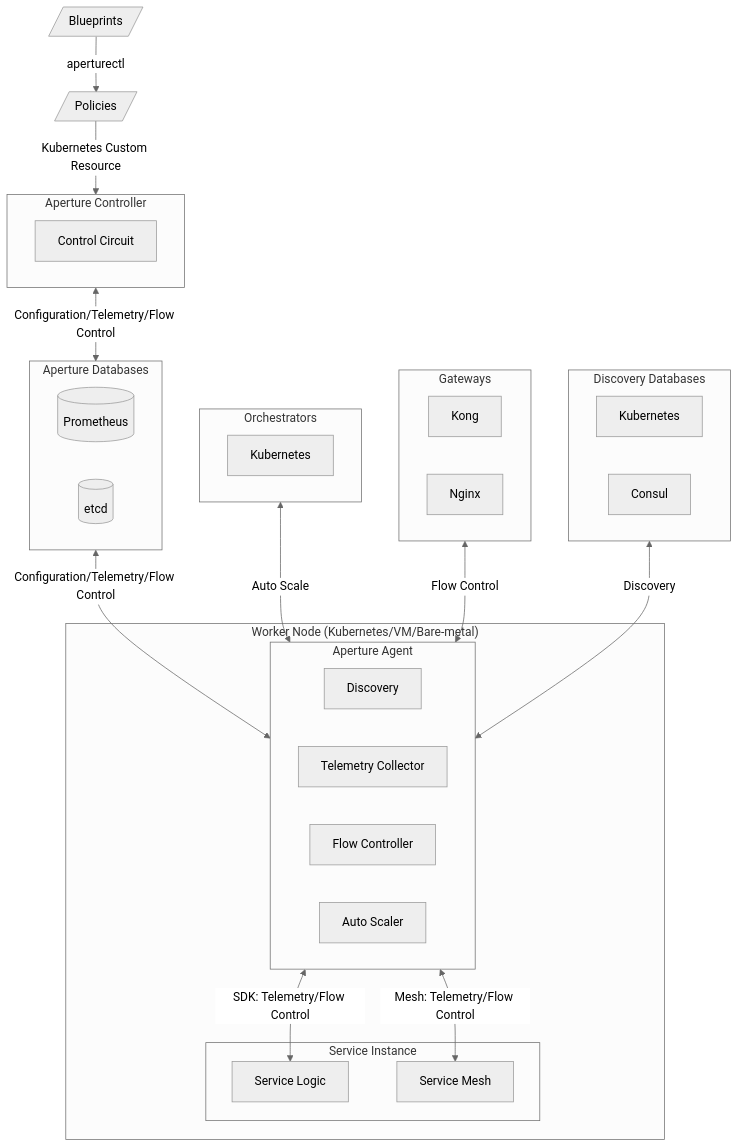
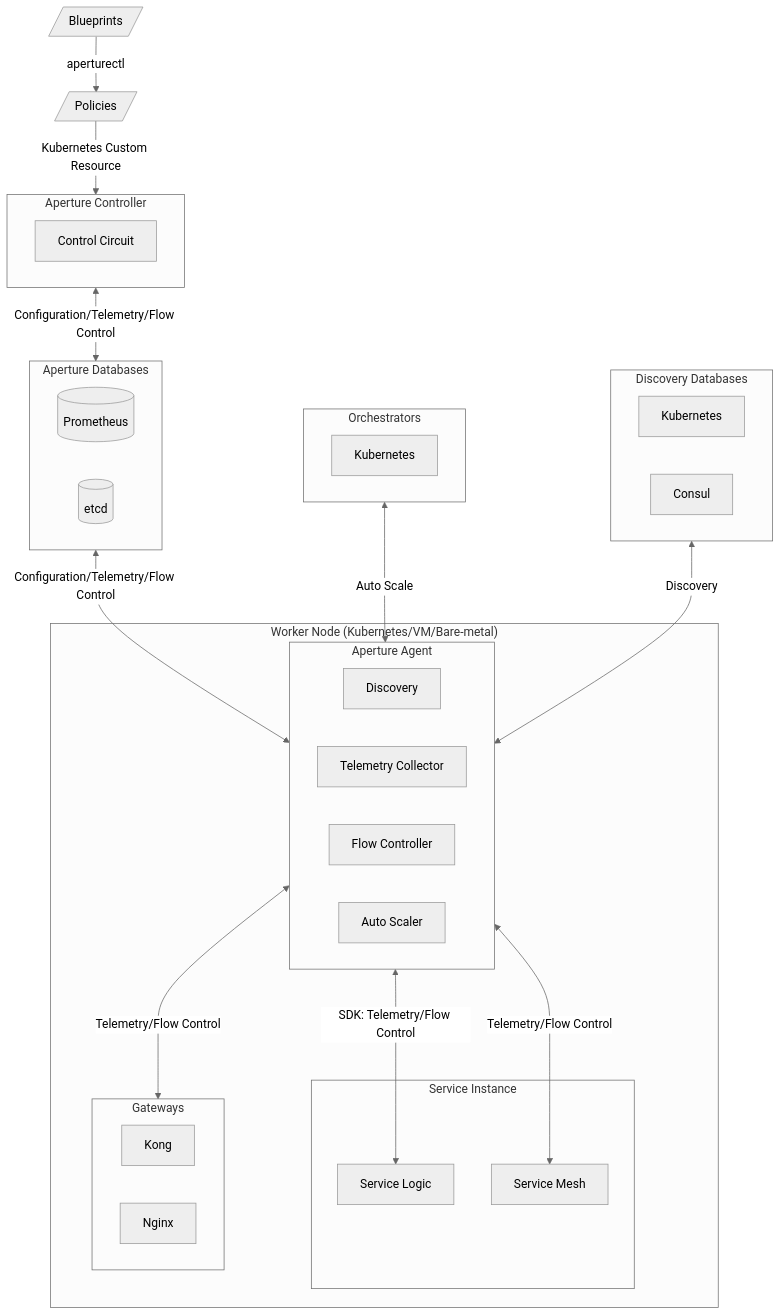
One commit to dataongunlaws/aperture changed the diagram in docs/content/assets/diagrams/architecture/architecture_simple.mmd. Above: the diagram before and after it, drawn with Mermaid (neutral theme). The commit also changed 2 other files, not shown here.

Commit message:
New arc diagram (#2014)

```diff
--- a/docs/content/assets/diagrams/architecture/architecture_simple.mmd
+++ b/docs/content/assets/diagrams/architecture/architecture_simple.mmd
@@ -1,43 +1,42 @@
 flowchart TD
     blueprints[/"Blueprints"/]
     policies[/"Policies"/]
     subgraph controller["Aperture Controller"]
         circuit["Control Circuit"]
     end
     subgraph databases["Aperture Databases"]
       prometheus[("Prometheus")]
       etcd[("etcd")]
+    end
+    subgraph discoverydb["Discovery Databases"]
+      k8sdiscovery["Kubernetes"]
+      consul["Consul"]
+    end
+    subgraph orchestrators["Orchestrators"]
+      k8s["Kubernetes"]
     end
     subgraph worker["Worker Node (Kubernetes/VM/Bare-metal)"]
       subgraph agent["Aperture Agent"]
           discovery["Discovery"]
           telemetry["Telemetry Collector"]
           flowcontrol["Flow Controller"]
           autoscaler["Auto Scaler"]
       end
       subgraph serviceinstance["Service Instance"]
         servicelogic["Service Logic"]
         servicemesh["Service Mesh"]
       end
-    end
-    subgraph discoverydb["Discovery Databases"]
-      k8sdiscovery["Kubernetes"]
-      consul["Consul"]
-    end
-    subgraph orchestrators["Orchestrators"]
-      k8s["Kubernetes"]
-    end
-    subgraph gateways["Gateways"]
-      kong["Kong"]
-      Nginx["Nginx"]
+      subgraph gateways["Gateways"]
+        Kong["Kong"]
+        Nginx["Nginx"]
+      end
     end
     blueprints --> |aperturectl| policies
     policies --> |Kubernetes Custom Resource| controller
     controller<--> |Configuration/Telemetry/Flow Control| databases
     databases<-->|Configuration/Telemetry/Flow Control|agent
-    agent <-->|SDK: Telemetry/Flow Control| servicelogic
-    agent <-->|Mesh: Telemetry/Flow Control| servicemesh
+    agent <--->|SDK: Telemetry/Flow Control| servicelogic
+    agent <--->|Telemetry/Flow Control| servicemesh
+		agent <--->|Telemetry/Flow Control| gateways
     orchestrators <-->|Auto Scale| agent
-    gateways <-->|Flow Control| agent
-
     discoverydb <-->|Discovery| agent
```
